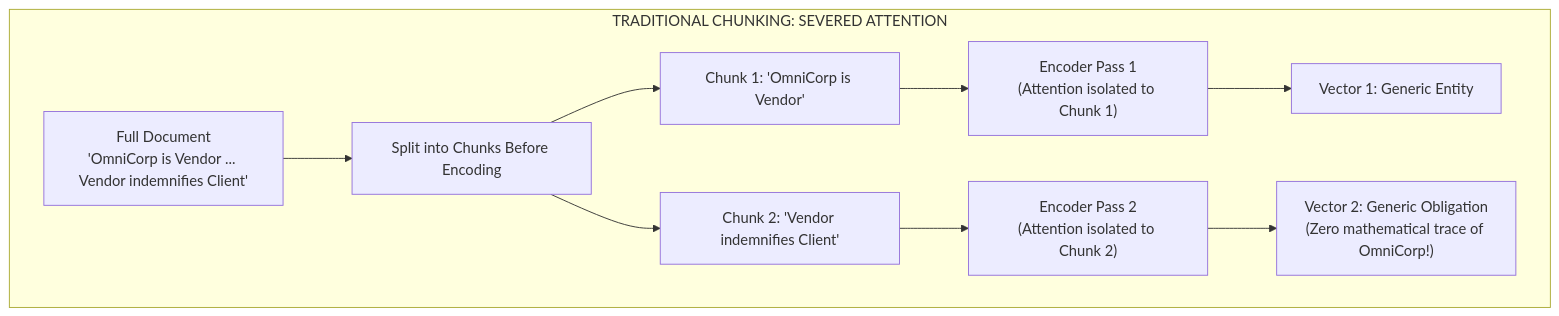
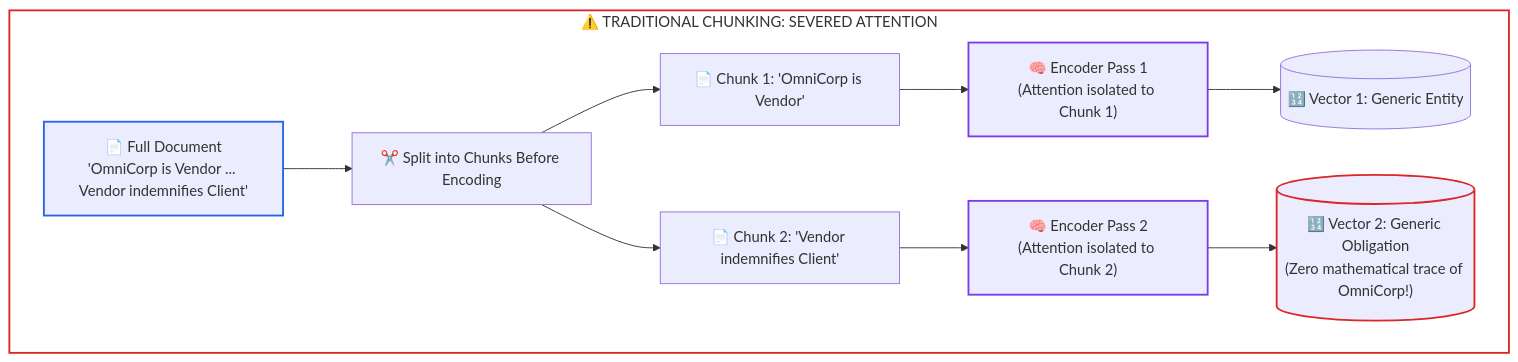
Before and after one commit to dip4k/senior-engineer-to-ai-engineer-roadmap: the first of 2 diagrams in 02-rag-and-knowledge-systems/02-late-chunking-deep-dive.md, drawn with Mermaid. The commit also changed other lines of this file and 39 other files, not shown here.

First line of the commit message:
feat(curriculum): upgrade mermaid diagrams with unicode icons & codify anti-bloat layout rules

````diff
--- a/02-rag-and-knowledge-systems/02-late-chunking-deep-dive.md
+++ b/02-rag-and-knowledge-systems/02-late-chunking-deep-dive.md
@@ -55,12 +55,18 @@
 ```mermaid
 flowchart TD
-    subgraph Traditional["TRADITIONAL CHUNKING: SEVERED ATTENTION"]
-        T_Doc["Full Document<br>'OmniCorp is Vendor ... Vendor indemnifies Client'"] --> T_Split["Split into Chunks Before Encoding"]
-        T_Split --> T_C1["Chunk 1: 'OmniCorp is Vendor'"]
-        T_Split --> T_C2["Chunk 2: 'Vendor indemnifies Client'"]
-        T_C1 --> T_E1["Encoder Pass 1<br>(Attention isolated to Chunk 1)"]
-        T_C2 --> T_E2["Encoder Pass 2<br>(Attention isolated to Chunk 2)"]
-        T_E1 --> T_V1["Vector 1: Generic Entity"]
-        T_E2 --> T_V2["Vector 2: Generic Obligation<br>(Zero mathematical trace of OmniCorp!)"]
+    subgraph Traditional["⚠️ TRADITIONAL CHUNKING: SEVERED ATTENTION"]
+        T_Doc["📄 Full Document<br>'OmniCorp is Vendor ... Vendor indemnifies Client'"] --> T_Split["✂️ Split into Chunks Before Encoding"]
+        T_Split --> T_C1["📄 Chunk 1: 'OmniCorp is Vendor'"]
+        T_Split --> T_C2["📄 Chunk 2: 'Vendor indemnifies Client'"]
+        T_C1 --> T_E1["🧠 Encoder Pass 1<br>(Attention isolated to Chunk 1)"]
+        T_C2 --> T_E2["🧠 Encoder Pass 2<br>(Attention isolated to Chunk 2)"]
+        T_E1 --> T_V1[("🔢 Vector 1: Generic Entity")]
+        T_E2 --> T_V2[("🔢 Vector 2: Generic Obligation<br>(Zero mathematical trace of OmniCorp!)")]
     end
+
+    style Traditional fill:none,stroke:#dc2626,stroke-width:2px
+    style T_Doc stroke:#2563eb,stroke-width:2px
+    style T_E1 stroke:#7c3aed,stroke-width:2px
+    style T_E2 stroke:#7c3aed,stroke-width:2px
+    style T_V2 stroke:#dc2626,stroke-width:2px
 ```
````
